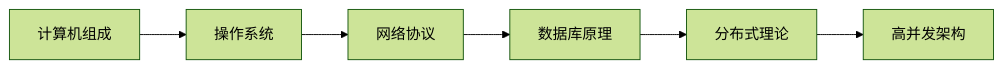
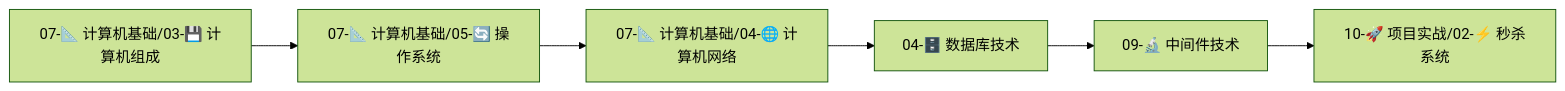
The fourth of 4 diagrams in README.md (dakavin/DK-Note), drawn with Mermaid (forest theme) before and after one commit. The commit also changed other lines of this file and 7 other files, not shown here.

````diff
--- a/README.md
+++ b/README.md
@@ -133,9 +172,8 @@
 ```mermaid
 graph LR
-    A[计算机组成] --> B[操作系统]
-    B --> C[网络协议]
-    C --> D[数据库原理]
-    D --> E[分布式理论]
-    E --> F[高并发架构]
-
+    A[07-📐 计算机基础/03-💾 计算机组成] --> B[07-📐 计算机基础/05-🔄 操作系统]
+    B --> C[07-📐 计算机基础/04-🌐 计算机网络]
+    C --> D[04-🗄️ 数据库技术]
+    D --> E[09-🔬 中间件技术]
+    E --> F[10-🚀 项目实战/02-⚡ 秒杀系统]
 ```
````
